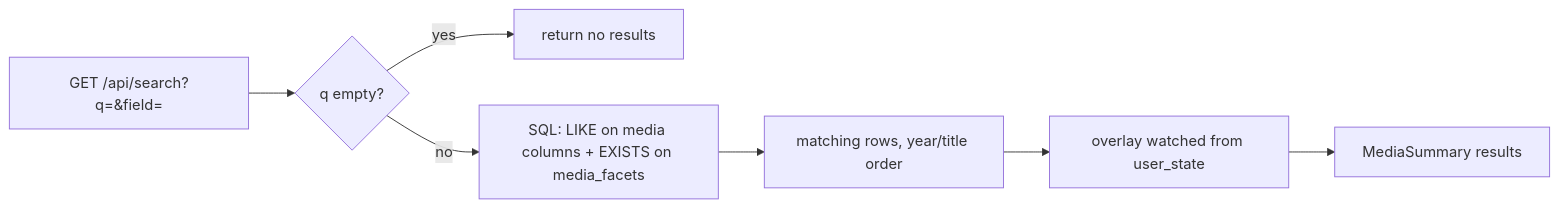
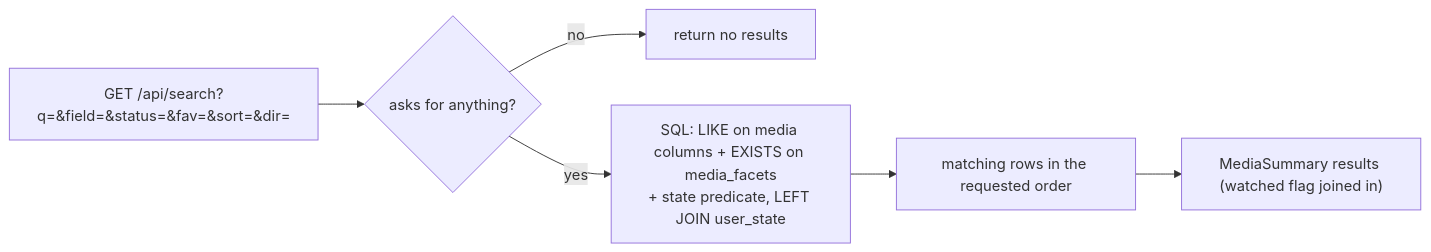
One commit to xuedi/FileFin changed the third of 4 diagrams in docs/library.md. Above: the diagram before and after it, drawn with Mermaid. The commit also changed other lines of this file and 26 other files, not shown here.

````diff
--- a/docs/library.md
+++ b/docs/library.md
@@ -142,9 +160,8 @@
 ```mermaid
 flowchart LR
-    Q[GET /api/search?q=&field=] --> E{q empty?}
-    E -->|yes| NONE[return no results]
-    E -->|no| SQL[SQL: LIKE on media columns + EXISTS on media_facets]
-    SQL --> ROWS[matching rows, year/title order]
-    ROWS --> WATCH[overlay watched from user_state]
-    WATCH --> OUT[MediaSummary results]
+    Q["GET /api/search?q=&field=&status=&fav=&sort=&dir="] --> E{asks for anything?}
+    E -->|no| NONE[return no results]
+    E -->|yes| SQL["SQL: LIKE on media columns + EXISTS on media_facets<br/>+ state predicate, LEFT JOIN user_state"]
+    SQL --> ROWS[matching rows in the requested order]
+    ROWS --> OUT["MediaSummary results (watched flag joined in)"]
 ```
````
